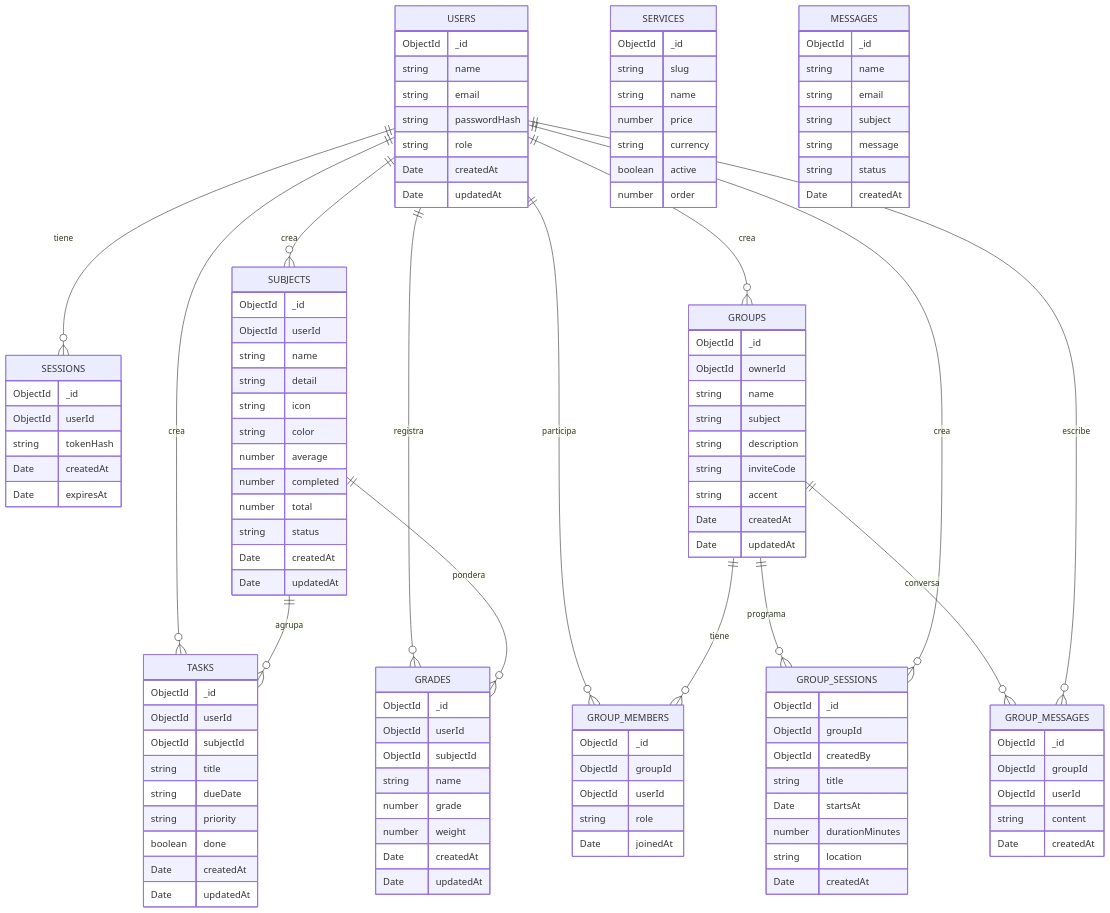
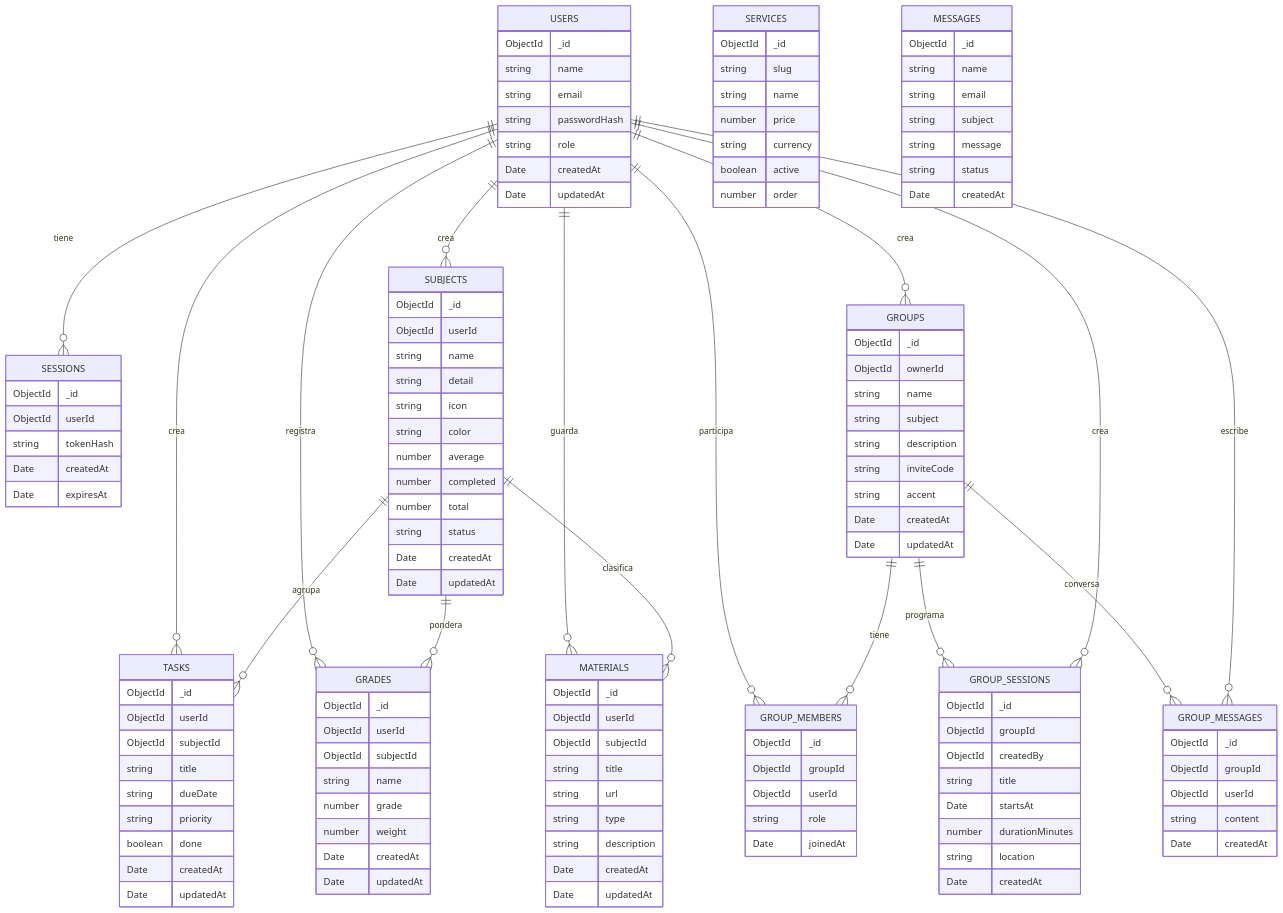
The diagram in docs/base-de-datos.md (Daikiri-Alter-Account/Kiday-Academy), drawn with Mermaid before and after one commit. The commit also changed other lines of this file and 12 other files, not shown here.

```diff
--- a/docs/base-de-datos.md
+++ b/docs/base-de-datos.md
@@ -12,6 +12,8 @@
     SUBJECTS ||--o{ TASKS : "agrupa"
     USERS ||--o{ GRADES : "registra"
     SUBJECTS ||--o{ GRADES : "pondera"
+    USERS ||--o{ MATERIALS : "guarda"
+    SUBJECTS ||--o{ MATERIALS : "clasifica"
     USERS ||--o{ GROUPS : "crea"
     USERS ||--o{ GROUP_MEMBERS : "participa"
     GROUPS ||--o{ GROUP_MEMBERS : "tiene"
@@ -70,6 +72,17 @@
         Date createdAt
         Date updatedAt
     }
+    MATERIALS {
+        ObjectId _id
+        ObjectId userId
+        ObjectId subjectId
+        string title
+        string url
+        string type
+        string description
+        Date createdAt
+        Date updatedAt
+    }
     SERVICES {
         ObjectId _id
         string slug
```
